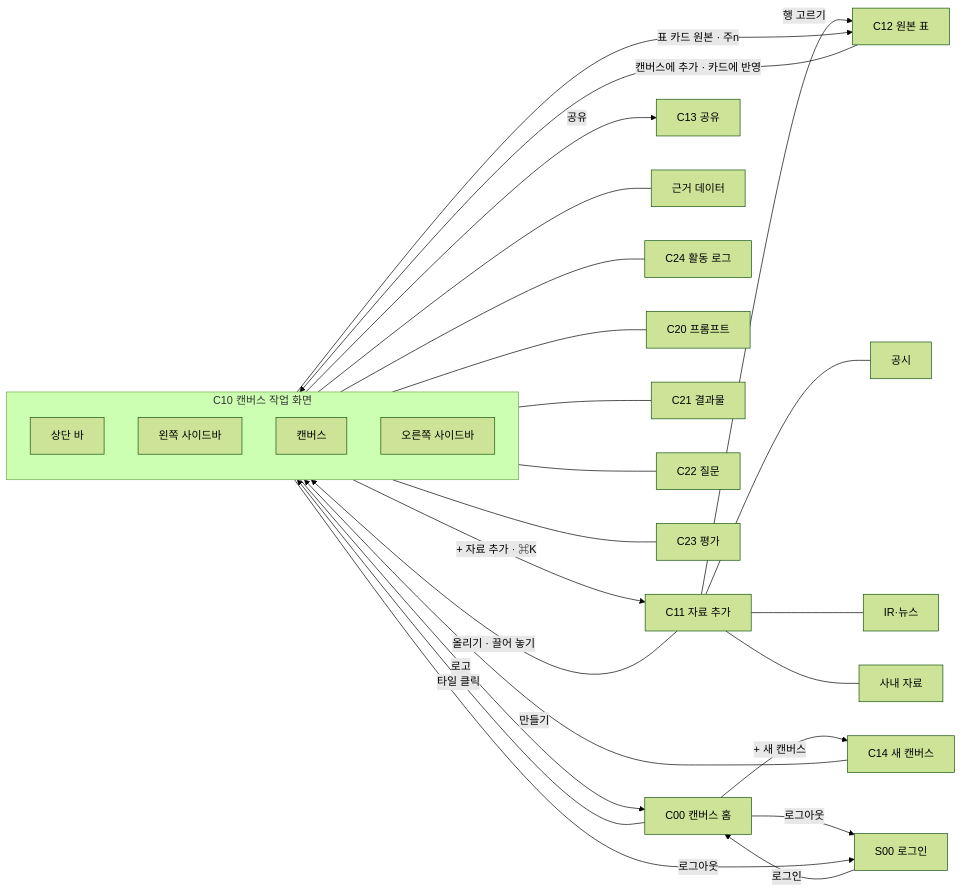
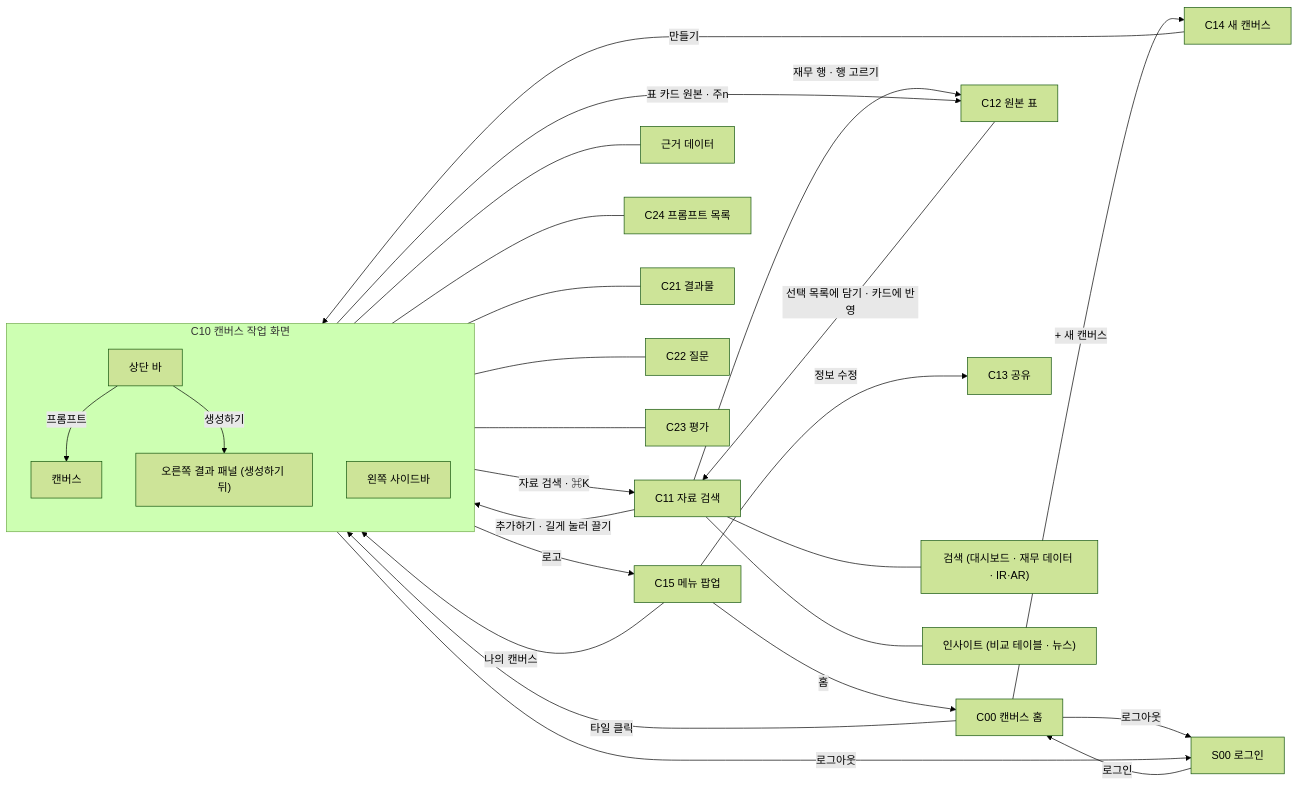
The first of 12 diagrams in docs/frontend/ia.md (vamos-team/telescope), drawn with Mermaid (forest theme) before and after one commit. The commit also changed other lines of this file and 6 other files, not shown here.

````diff
--- a/docs/frontend/ia.md
+++ b/docs/frontend/ia.md
@@ -63,35 +65,37 @@
 ```mermaid
 flowchart LR
   S00["S00 로그인"] -->|로그인| C00["C00 캔버스 홈"]
   C00 -->|"타일 클릭"| C10
   C00 -->|"+ 새 캔버스"| C14["C14 새 캔버스"]
   C14 -->|"만들기"| C10
 
   subgraph C10["C10 캔버스 작업 화면"]
     direction TB
     B["상단 바"]
     LP["왼쪽 사이드바"]
     CV["캔버스"]
-    RP["오른쪽 사이드바"]
+    RP["오른쪽 결과 패널 (생성하기 뒤)"]
   end
 
-  B -->|"+ 자료 추가 · ⌘K"| C11["C11 자료 추가"]
-  C11 -->|"행 고르기"| C12["C12 원본 표"]
+  B -->|"자료 검색 · ⌘K"| C11["C11 자료 검색"]
+  B -->|"프롬프트"| CV
+  B -->|"생성하기"| RP
+  C11 -->|"재무 행 · 행 고르기"| C12["C12 원본 표"]
   CV -->|"표 카드 원본 · 주n"| C12
-  C11 -->|"올리기 · 끌어 놓기"| CV
-  C12 -->|"캔버스에 추가 · 카드에 반영"| CV
-  B -->|"로고"| C00
-  B -->|"공유"| C13["C13 공유"]
+  C11 -->|"추가하기 · 길게 눌러 끌기"| CV
+  C12 -->|"선택 목록에 담기 · 카드에 반영"| C11
+  B -->|"로고"| C15["C15 메뉴 팝업"]
+  C15 -->|"홈"| C00
+  C15 -->|"나의 캔버스"| C10
+  C15 -->|"정보 수정"| C13["C13 공유"]
   LP -->|"로그아웃"| S00
   C00 -->|"로그아웃"| S00
 
   LP --- LP2["근거 데이터"]
-  LP --- C24["C24 활동 로그"]
-  RP --- C20["C20 프롬프트"]
+  LP --- C24["C24 프롬프트 목록"]
   RP --- C21["C21 결과물"]
   RP --- C22["C22 질문"]
   RP --- C23["C23 평가"]
-  C11 --- T1["공시"]
-  C11 --- T2["IR·뉴스"]
-  C11 --- T3["사내 자료"]
+  C11 --- T1["검색 (대시보드 · 재무 데이터 · IR·AR)"]
+  C11 --- T2["인사이트 (비교 테이블 · 뉴스)"]
 ```
````
